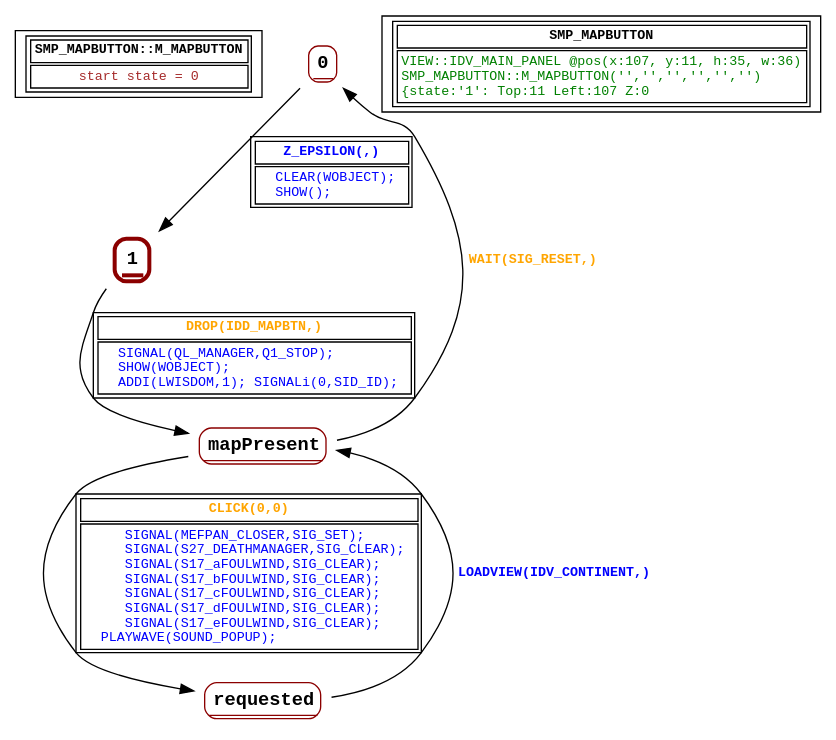
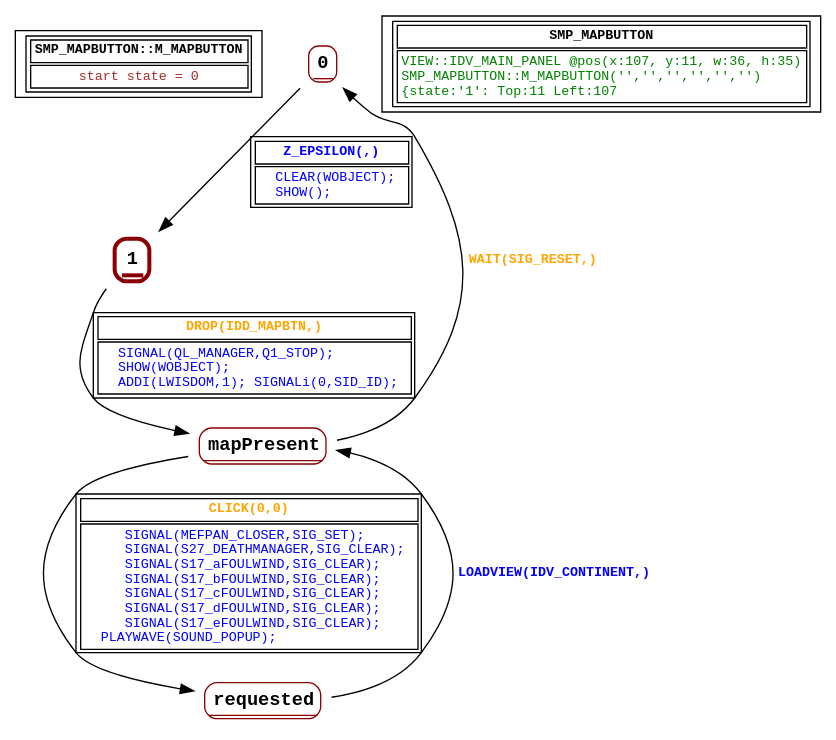
The diagram in graphs/SMP_MAPBUTTON.dot (guy-stewart/AzariaCD), drawn with Graphviz before and after one commit. The commit also changed 82 other files, not shown here.

```diff
--- a/graphs/SMP_MAPBUTTON.dot
+++ b/graphs/SMP_MAPBUTTON.dot
@@ -1,33 +1,33 @@
 digraph Automaton {
  fontname="Courier New"
 	node [shape=oval, fontname="Courier New"];
 	filename[shape = record, fontsize=10, label=< <table border="1"><tr><td><b>SMP_MAPBUTTON::M_MAPBUTTON<br align="left"/></b></td></tr>
 <tr><td><font point-size="10" color ="brown">start state = 0<br align="left"/></font></td></tr></table>>
 ];
 	0[shape = none, fontsize=14, label=< <table border="1" color="darkred" style="rounded"><tr><td sides="b"><b>0<br align="left"/></b></td></tr>
 </table>>];
 "0" -> "1" [fontcolor=blue,fontsize=10,fontname="Courier New", label=< <table border="1"><tr><td><b>Z_EPSILON(,)<br align="left"/></b></td></tr>
 <tr><td><font point-size="10" color ="blue">   CLEAR(WOBJECT);<br align="left"/>   SHOW();<br align="left"/></font></td></tr></table>>
 ];
 	1[shape = none, fontsize=14, label=< <table border="3" color="darkred" style="rounded"><tr><td sides="b"><b>1<br align="left"/></b></td></tr>
 </table>>];
 "1" -> "mapPresent" [fontcolor=orange,fontsize=10,fontname="Courier New", label=< <table border="1"><tr><td><b>DROP(IDD_MAPBTN,)<br align="left"/></b></td></tr>
 <tr><td><font point-size="10" color ="blue">   SIGNAL(QL_MANAGER,Q1_STOP);<br align="left"/>   SHOW(WOBJECT);<br align="left"/>   ADDI(LWISDOM,1); SIGNALi(0,SID_ID);<br align="left"/></font></td></tr></table>>
 ];
 	mapPresent[shape = none, fontsize=14, label=< <table border="1" color="darkred" style="rounded"><tr><td sides="b"><b>mapPresent<br align="left"/></b></td></tr>
 </table>>];
 "mapPresent" -> "requested" [fontcolor=orange,fontsize=10,fontname="Courier New", label=< <table border="1"><tr><td><b>CLICK(0,0)<br align="left"/></b></td></tr>
 <tr><td><font point-size="10" color ="blue">      SIGNAL(MEFPAN_CLOSER,SIG_SET);<br align="left"/>      SIGNAL(S27_DEATHMANAGER,SIG_CLEAR);<br align="left"/>      SIGNAL(S17_aFOULWIND,SIG_CLEAR);<br align="left"/>      SIGNAL(S17_bFOULWIND,SIG_CLEAR);<br align="left"/>      SIGNAL(S17_cFOULWIND,SIG_CLEAR);<br align="left"/>      SIGNAL(S17_dFOULWIND,SIG_CLEAR);<br align="left"/>      SIGNAL(S17_eFOULWIND,SIG_CLEAR);<br align="left"/>   PLAYWAVE(SOUND_POPUP);<br align="left"/></font></td></tr></table>>
 ];
 "mapPresent" -> "0" [fontcolor=orange,fontsize=10,fontname="Courier New", label=< <table border="0"><tr><td><b>WAIT(SIG_RESET,)<br align="left"/></b></td></tr>
 </table>>
 ];
 	requested[shape = none, fontsize=14, label=< <table border="1" color="darkred" style="rounded"><tr><td sides="b"><b>requested<br align="left"/></b></td></tr>
 </table>>];
 "requested" -> "mapPresent" [fontcolor=blue,fontsize=10,fontname="Courier New", label=< <table border="0"><tr><td><b>LOADVIEW(IDV_CONTINENT,)<br align="left"/></b></td></tr>
 </table>>
 ];
 	status[shape = record, fontsize=10, label=< <table border="1"><tr><td><b>SMP_MAPBUTTON<br align="left"/></b></td></tr>
-<tr><td><font point-size="10" color ="green">VIEW::IDV_MAIN_PANEL @pos(x:107, y:11, h:35, w:36)<br align="left"/>SMP_MAPBUTTON::M_MAPBUTTON(&apos;&apos;,&apos;&apos;,&apos;&apos;,&apos;&apos;,&apos;&apos;,&apos;&apos;)<br align="left"/>			&#123;state:&apos;1&apos;: Top:11 Left:107 Z:0<br align="left"/></font></td></tr></table>>
+<tr><td><font point-size="10" color ="green">VIEW::IDV_MAIN_PANEL @pos(x:107, y:11, w:36, h:35)<br align="left"/>SMP_MAPBUTTON::M_MAPBUTTON(&apos;&apos;,&apos;&apos;,&apos;&apos;,&apos;&apos;,&apos;&apos;,&apos;&apos;)<br align="left"/>			&#123;state:&apos;1&apos;: Top:11 Left:107<br align="left"/></font></td></tr></table>>
 ];
 }
```
